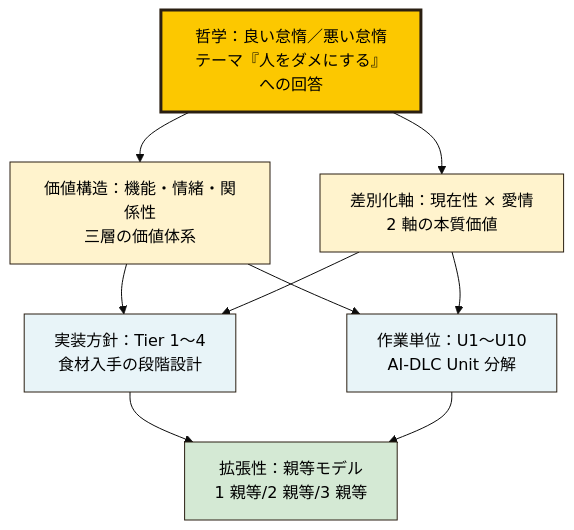
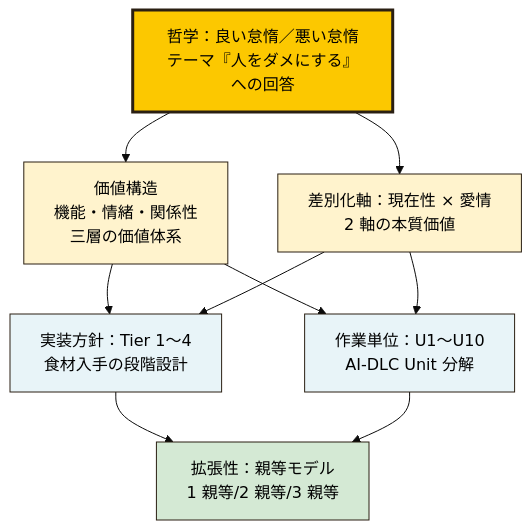
Before and after one commit to enomotom-cloud/uchigohan: the diagram in README.md, drawn with Mermaid (base theme). The commit also changed 1 other file, not shown here.

Commit message:
docs: fix figure 1 node line break (split value structure label into 3 lines)

````diff
--- a/README.md
+++ b/README.md
@@ -74,19 +74,19 @@
 ```mermaid
 graph TD
     A[哲学：良い怠惰／悪い怠惰<br/>テーマ『人をダメにする』への回答]
-    A --> B[価値構造：機能・情緒・関係性<br/>三層の価値体系]
+    A --> B[価値構造<br/>機能・情緒・関係性<br/>三層の価値体系]
     A --> C[差別化軸：現在性 × 愛情<br/>2 軸の本質価値]
     B --> D[実装方針：Tier 1〜4<br/>食材入手の段階設計]
     C --> D
     B --> E[作業単位：U1〜U10<br/>AI-DLC Unit 分解]
     C --> E
     D --> F[拡張性：親等モデル<br/>1 親等/2 親等/3 親等]
     E --> F
 
     style A fill:#FCC800,stroke:#2A1F12,stroke-width:3px,color:#000
     style B fill:#FFF3CD,stroke:#2A1F12,color:#000
     style C fill:#FFF3CD,stroke:#2A1F12,color:#000
     style D fill:#E8F4F8,stroke:#2A1F12,color:#000
     style E fill:#E8F4F8,stroke:#2A1F12,color:#000
     style F fill:#D4E9D4,stroke:#2A1F12,color:#000
 ```
````
